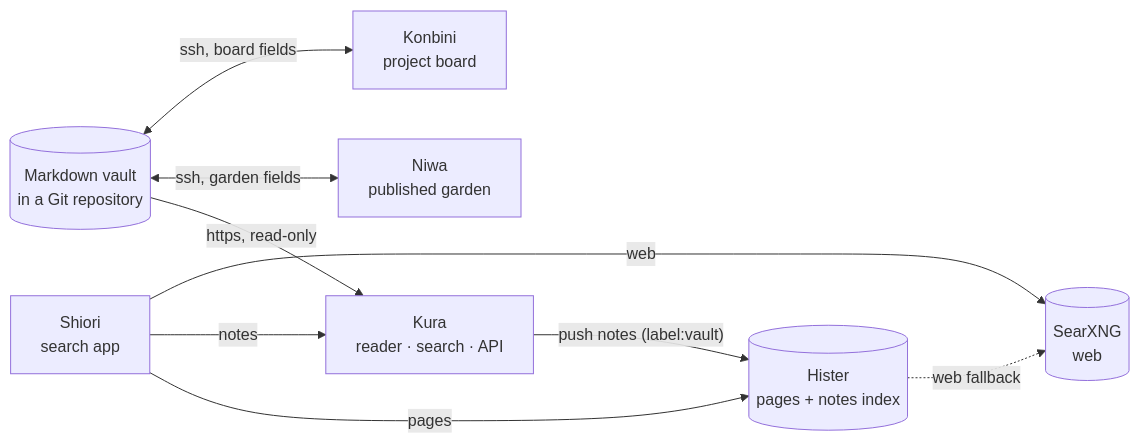
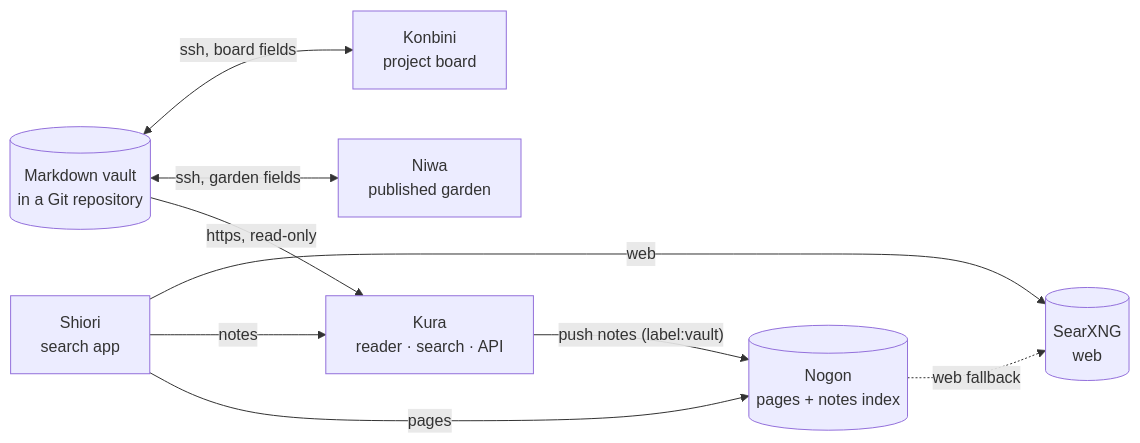
Before and after one commit to machiya-kobo/machiya: the diagram in README.md, drawn with Mermaid. The commit also changed other lines of this file and 4 other files, not shown here.

Commit message:
machiya: Hister is now Nogon upstream: README, site, org profile and the engine doc say Nogon (formerly Hister) and link nogon.eu / asciimoo/nogon

````diff
--- a/README.md
+++ b/README.md
@@ -44,19 +44,19 @@
 ```mermaid
 flowchart LR
     vault[("Markdown vault<br/>in a Git repository")]
     kura["Kura<br/>reader · search · API"]
     niwa["Niwa<br/>published garden"]
     konbini["Konbini<br/>project board"]
     shiori["Shiori<br/>search app"]
-    hister[("Hister<br/>pages + notes index")]
+    hister[("Nogon<br/>pages + notes index")]
     searx[("SearXNG<br/>web")]
 
     vault -- "https, read-only" --> kura
     vault <-- "ssh, garden fields" --> niwa
     vault <-- "ssh, board fields" --> konbini
     kura -- "push notes (label:vault)" --> hister
     shiori -- pages --> hister
     shiori -- notes --> kura
     shiori -- web --> searx
     hister -. "web fallback" .-> searx
 ```
````
